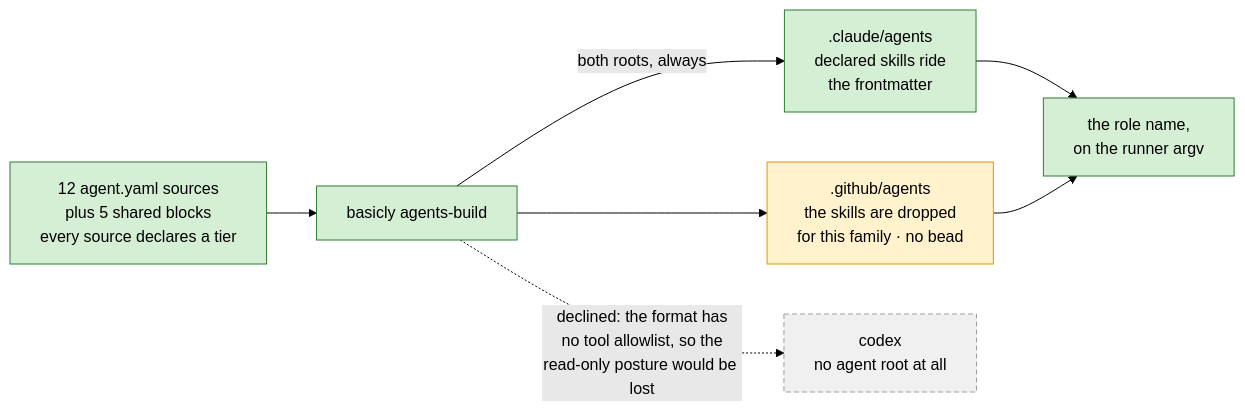
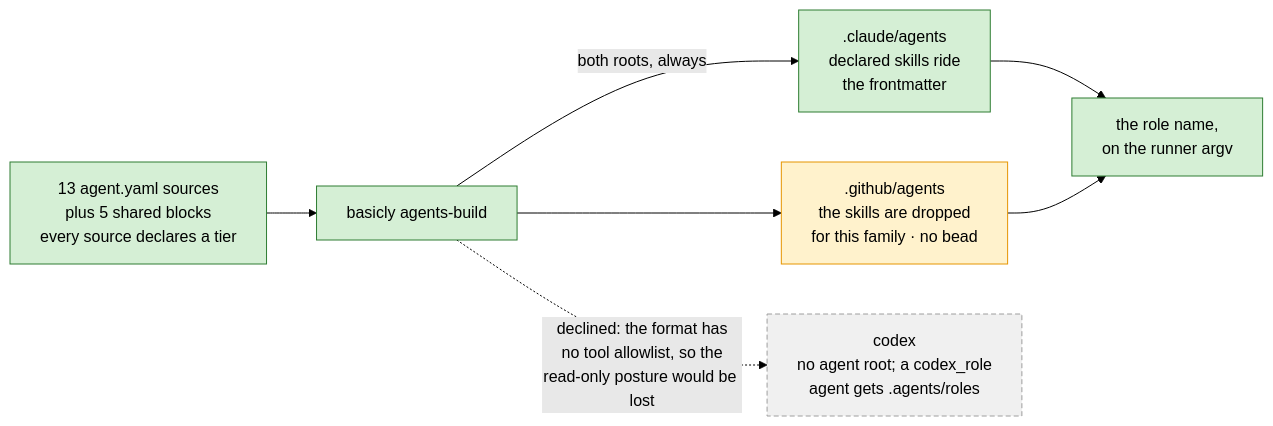
Before and after one commit to niksavis/basicly: diagram 11 of 17 in docs/architecture/architecture.md, drawn with Mermaid (forest theme). The commit also changed 13 other files, not shown here.

````diff
--- a/docs/architecture/architecture.md
+++ b/docs/architecture/architecture.md
@@ -2369,23 +2369,23 @@
 ```mermaid
 flowchart LR
-  csrc["12 agent.yaml sources<br/>plus 5 shared blocks<br/>every source declares a tier"]
+  csrc["13 agent.yaml sources<br/>plus 5 shared blocks<br/>every source declares a tier"]
   abuild["basicly agents-build"]
   pcl[".claude/agents<br/>declared skills ride<br/>the frontmatter"]
   pco[".github/agents<br/>the skills are dropped<br/>for this family · no bead"]
-  pcx["codex<br/>no agent root at all"]
+  pcx["codex<br/>no agent root; a codex_role<br/>agent gets .agents/roles"]
   argv["the role name,<br/>on the runner argv"]
 
   csrc --> abuild
   abuild -->|"both roots, always"| pcl
   abuild --> pco
   abuild -.->|"declined: the format has<br/>no tool allowlist, so the<br/>read-only posture would be lost"| pcx
   pcl --> argv
   pco --> argv
 
   classDef shipped fill:#d5efd5,stroke:#2e7d32,color:#000
   classDef partial fill:#fff2cc,stroke:#e69500,color:#000
   classDef designed fill:#f0f0f0,stroke:#9e9e9e,color:#000,stroke-dasharray:5 3
   class csrc,abuild,pcl,argv shipped
   class pco partial
   class pcx designed
 ```
````
